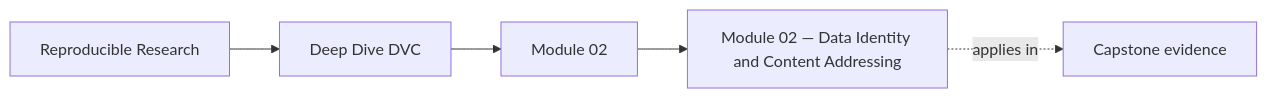
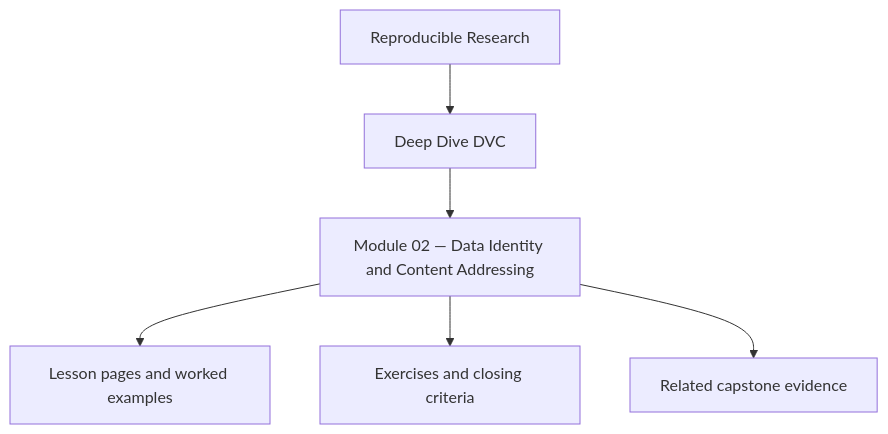
The first of 4 diagrams in programs/reproducible-research/deep-dive-dvc/course-book/module-02-data-identity-and-content-addressing/index.md (bijux/bijux-masterclass), drawn with Mermaid before and after one commit. The commit also changed other lines of this file and 10 other files, not shown here.

Commit message:
docs(deep-dive-dvc): reposition module overview diagrams

````diff
--- a/programs/reproducible-research/deep-dive-dvc/course-book/module-02-data-identity-and-content-addressing/index.md
+++ b/programs/reproducible-research/deep-dive-dvc/course-book/module-02-data-identity-and-content-addressing/index.md
@@ -7,11 +7,8 @@
 ```mermaid
-graph LR
-  family["Reproducible Research"]
-  program["Deep Dive DVC"]
-  section["Module 02"]
-  page["Module 02 — Data Identity and Content Addressing"]
-  capstone["Capstone evidence"]
-
-  family --> program --> section --> page
-  page -.applies in.-> capstone
+flowchart TD
+  family["Reproducible Research"] --> program["Deep Dive DVC"]
+  program --> module["Module 02 — Data Identity and Content Addressing"]
+  module --> lessons["Lesson pages and worked examples"]
+  module --> checkpoints["Exercises and closing criteria"]
+  module --> capstone["Related capstone evidence"]
 ```
````
